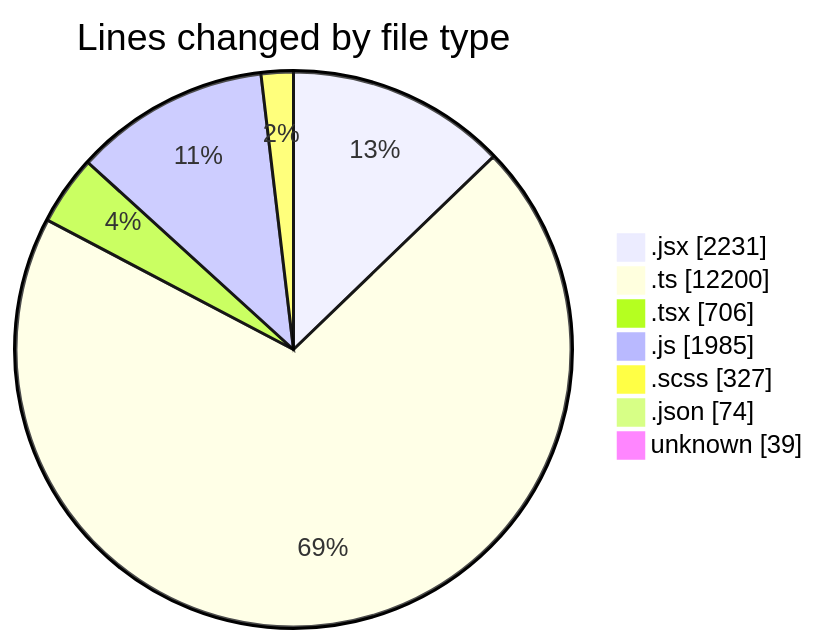
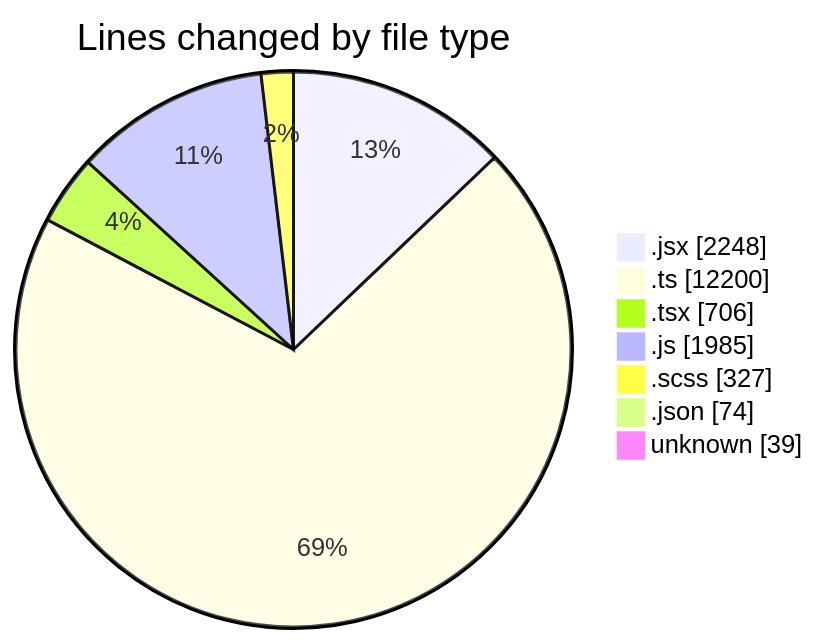
One commit to momahboobian/code-tracking changed the first of 2 diagrams in 2025-06-05/cda/README.md. Above: the diagram before and after it, drawn with Mermaid. The commit also changed other lines of this file and 1 other file, not shown here.

````diff
--- a/2025-06-05/cda/README.md
+++ b/2025-06-05/cda/README.md
@@ -51,11 +51,11 @@
 ```mermaid
 pie showData
 title Lines changed by file type
-".jsx" : 2231
+".jsx" : 2248
 ".ts" : 12200
 ".tsx" : 706
 ".js" : 1985
 ".scss" : 327
 ".json" : 74
 "unknown" : 39
 ```
````
